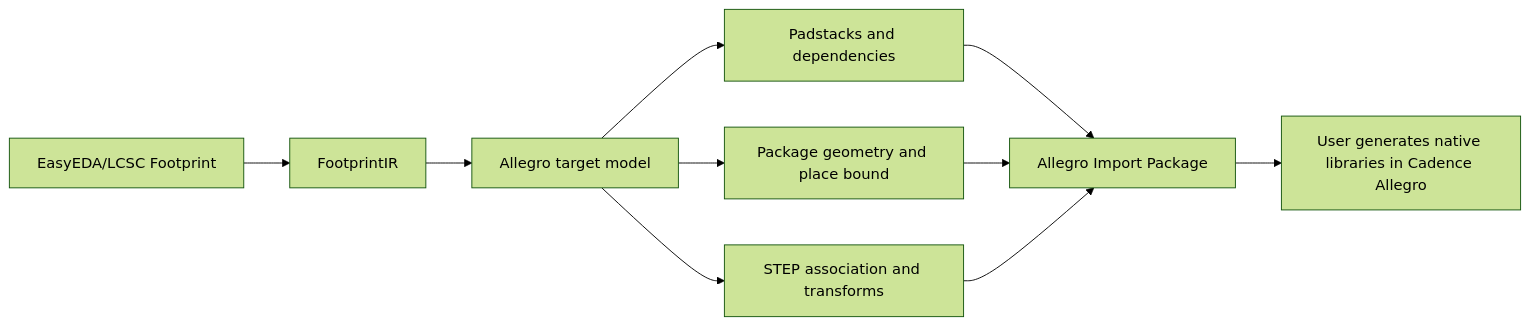
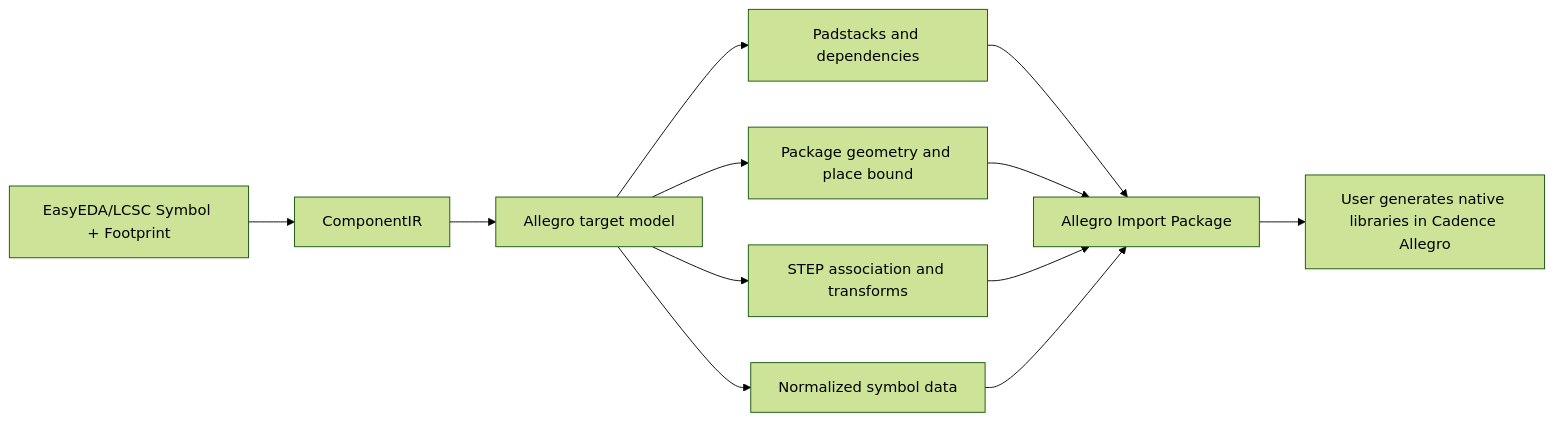
The diagram in docs/developer/ALLEGRO_EXPORT_en.md (EasyKiconverter/EasyKiConverter), drawn with Mermaid (forest theme) before and after one commit. The commit also changed other lines of this file and 13 other files, not shown here.

````diff
--- a/docs/developer/ALLEGRO_EXPORT_en.md
+++ b/docs/developer/ALLEGRO_EXPORT_en.md
@@ -7,12 +7,14 @@
 ```mermaid
 flowchart LR
-    A[EasyEDA/LCSC Footprint] --> B[FootprintIR]
+    A[EasyEDA/LCSC Symbol + Footprint] --> B[ComponentIR]
     B --> C[Allegro target model]
+    C --> S[Normalized symbol data]
     C --> D[Padstacks and dependencies]
     C --> E[Package geometry and place bound]
     C --> F[STEP association and transforms]
     D --> G[Allegro Import Package]
     E --> G
     F --> G
+    S --> G
     G --> H[User generates native libraries in Cadence Allegro]
 ```
````
